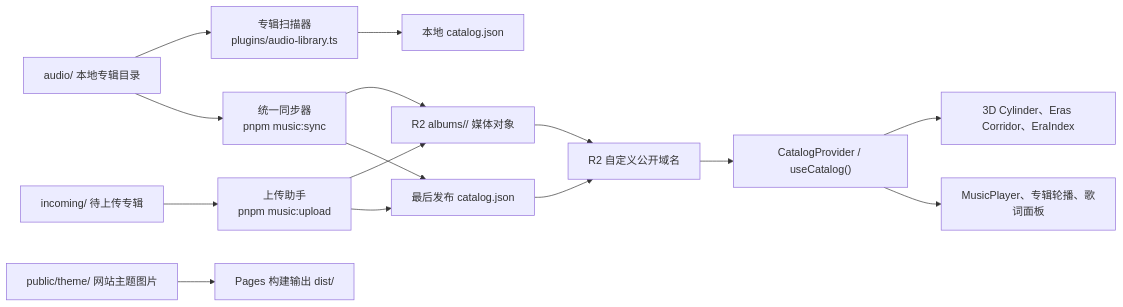
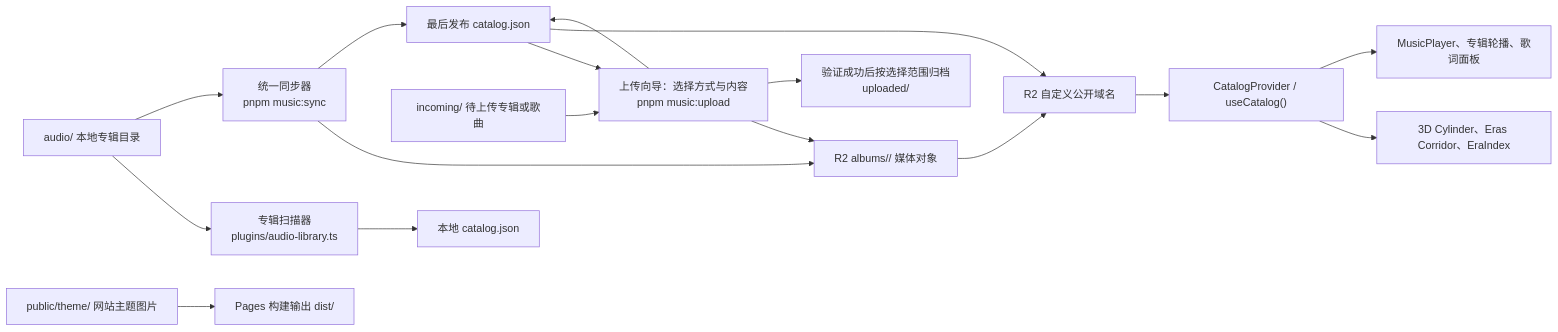
The diagram in docs/PROJECT_ARCHITECTURE.md (XYL333FYQ/taylor-swift-cinematic), drawn with Mermaid before and after one commit. The commit also changed other lines of this file and 20 other files, not shown here.

Commit message:
feat: add interactive music upload wizard and docs

```diff
--- a/docs/PROJECT_ARCHITECTURE.md
+++ b/docs/PROJECT_ARCHITECTURE.md
@@ -9,17 +9,19 @@
 ~~~mermaid
 flowchart LR
   A["audio/ 本地专辑目录"] --> B["专辑扫描器<br/>plugins/audio-library.ts"]
   B --> C["本地 catalog.json"]
   A --> D["统一同步器<br/>pnpm music:sync"]
-  U["incoming/ 待上传专辑"] --> V["上传助手<br/>pnpm music:upload"]
+  U["incoming/ 待上传专辑或歌曲"] --> V["上传向导：选择方式与内容<br/>pnpm music:upload"]
+  F --> V
   V --> E
   V --> F
+  V --> W["验证成功后按选择范围归档<br/>uploaded/"]
   D --> E["R2 albums/<album-id>/ 媒体对象"]
   D --> F["最后发布 catalog.json"]
   E --> G["R2 自定义公开域名"]
   F --> G
   G --> H["CatalogProvider / useCatalog()"]
   H --> I["3D Cylinder、Eras Corridor、EraIndex"]
   H --> J["MusicPlayer、专辑轮播、歌词面板"]
   K["public/theme/ 网站主题图片"] --> L["Pages 构建输出 dist/"]
 ~~~
```
